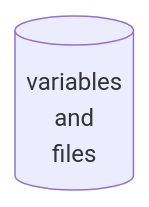
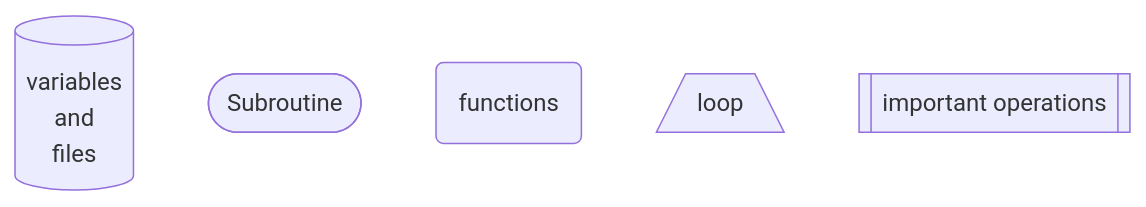
Before and after one commit to AlexandreLeMentec/PoissonMPI: the first of 2 diagrams in Skeleton.md, drawn with Mermaid.

Commit message:
Adding legend

````diff
--- a/Skeleton.md
+++ b/Skeleton.md
@@ -86,6 +86,10 @@
 ```mermaid
 graph LR
 var[("variables
 and
 files")]
+var ~~~ 2([Subroutine])
+2 ~~~ 3(functions)
+3 ~~~ 4[/"loop"\]
+4 ~~~ 5[["important operations"]]
 ```
````
